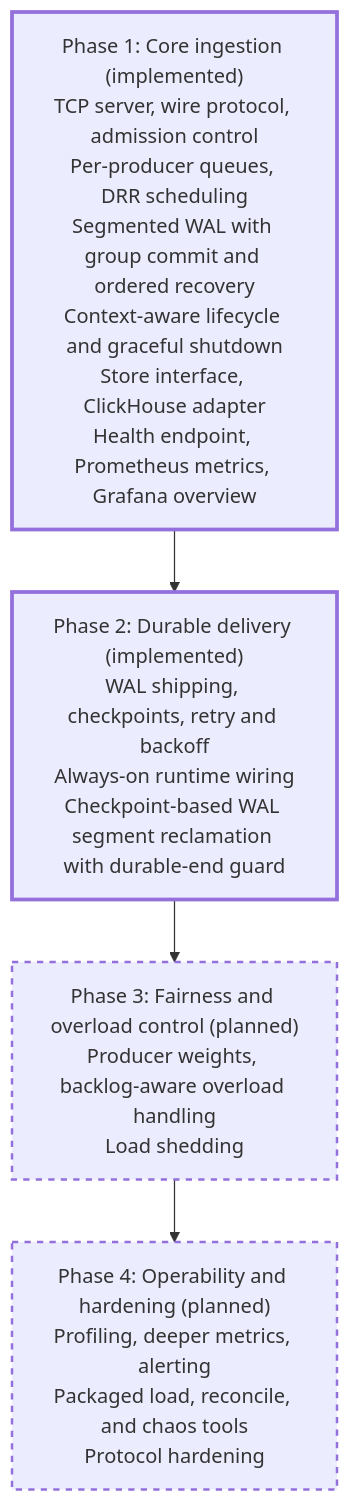
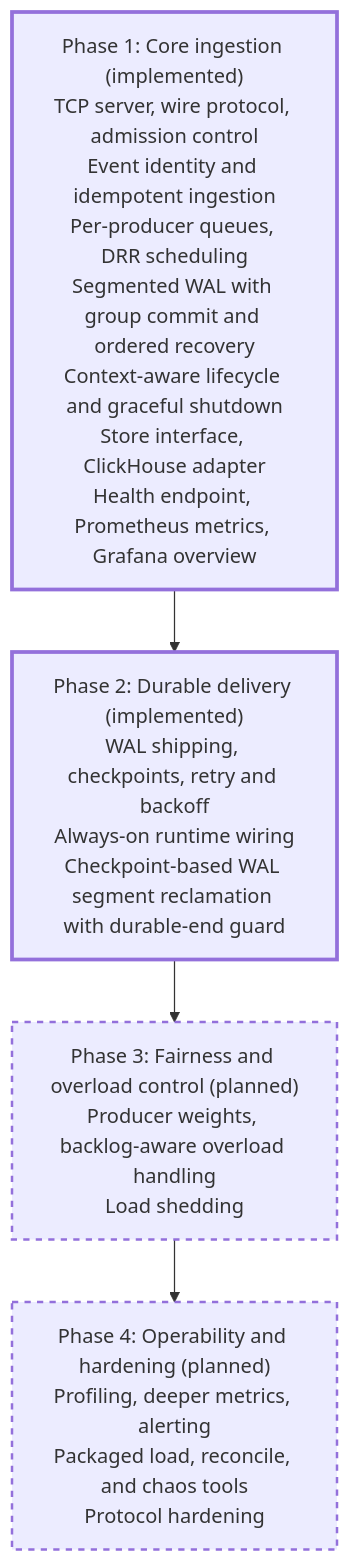
Before and after one commit to PratyushVishal11011/Fairgate: diagram 15 of 15 in README.md, drawn with Mermaid. The commit also changed other lines of this file and 1 other file, not shown here.

````diff
--- a/README.md
+++ b/README.md
@@ -796,14 +873,14 @@
 ```mermaid
 flowchart TD
-    P1["Phase 1: Core ingestion (implemented)<br/>TCP server, wire protocol, admission control<br/>Per-producer queues, DRR scheduling<br/>Segmented WAL with group commit and ordered recovery<br/>Context-aware lifecycle and graceful shutdown<br/>Store interface, ClickHouse adapter<br/>Health endpoint, Prometheus metrics, Grafana overview"]
+    P1["Phase 1: Core ingestion (implemented)<br/>TCP server, wire protocol, admission control<br/>Event identity and idempotent ingestion<br/>Per-producer queues, DRR scheduling<br/>Segmented WAL with group commit and ordered recovery<br/>Context-aware lifecycle and graceful shutdown<br/>Store interface, ClickHouse adapter<br/>Health endpoint, Prometheus metrics, Grafana overview"]
     P2["Phase 2: Durable delivery (implemented)<br/>WAL shipping, checkpoints, retry and backoff<br/>Always-on runtime wiring<br/>Checkpoint-based WAL segment reclamation with durable-end guard"]
     P3["Phase 3: Fairness and overload control (planned)<br/>Producer weights, backlog-aware overload handling<br/>Load shedding"]
     P4["Phase 4: Operability and hardening (planned)<br/>Profiling, deeper metrics, alerting<br/>Packaged load, reconcile, and chaos tools<br/>Protocol hardening"]
 
     P1 --> P2 --> P3 --> P4
 
     classDef done stroke-width:3px;
     classDef planned stroke-dasharray: 5 5,stroke-width:2px;
     class P1,P2 done;
     class P3,P4 planned;
 ```
````
